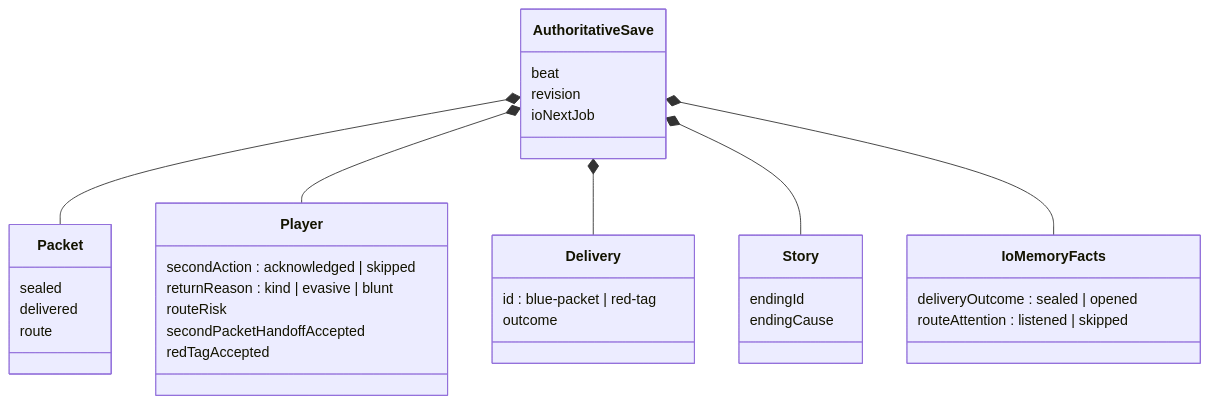
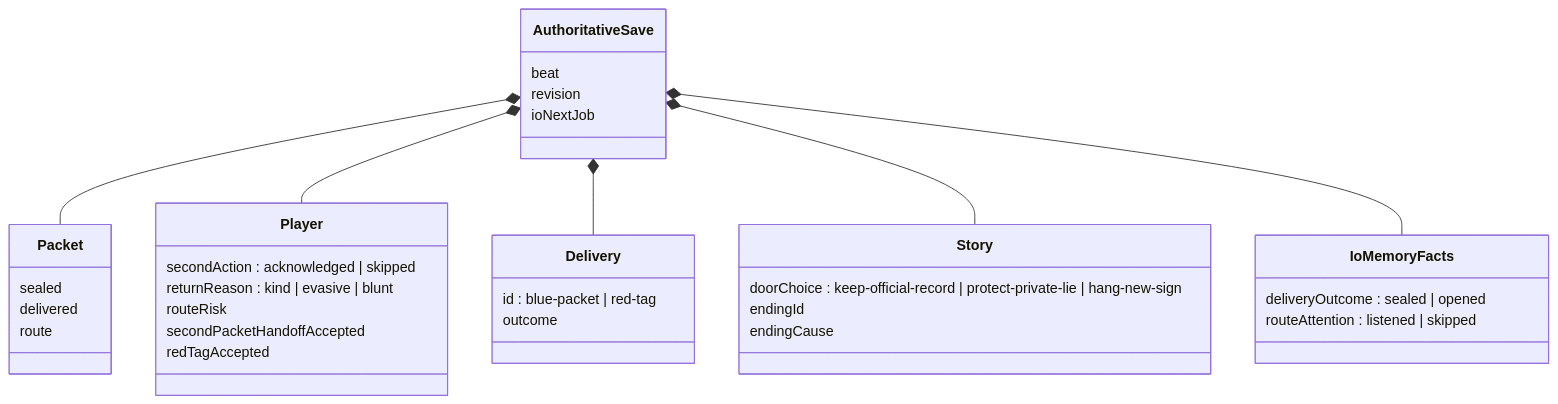
The fourth of 5 diagrams in docs/plan/architecture/README.md (phynars/oodim-game), drawn with Mermaid before and after one commit. The commit also changed other lines of this file and 1 other file, not shown here.

First line of the commit message:
docs: docs: Act III design — Unlit Door beat, door-choice state and fin (#2841)

````diff
--- a/docs/plan/architecture/README.md
+++ b/docs/plan/architecture/README.md
@@ -218,37 +223,38 @@
 ```mermaid
 classDiagram
   class AuthoritativeSave {
     beat
     revision
     ioNextJob
   }
   class Packet {
     sealed
     delivered
     route
   }
   class Player {
     secondAction : acknowledged | skipped
     returnReason : kind | evasive | blunt
     routeRisk
     secondPacketHandoffAccepted
     redTagAccepted
   }
   class Delivery {
     id : blue-packet | red-tag
     outcome
   }
   class Story {
+    doorChoice : keep-official-record | protect-private-lie | hang-new-sign
     endingId
     endingCause
   }
   class IoMemoryFacts {
     deliveryOutcome : sealed | opened
     routeAttention : listened | skipped
   }
   AuthoritativeSave *-- Packet
   AuthoritativeSave *-- Player
   AuthoritativeSave *-- Delivery
   AuthoritativeSave *-- Story
   AuthoritativeSave *-- IoMemoryFacts
 ```
````
